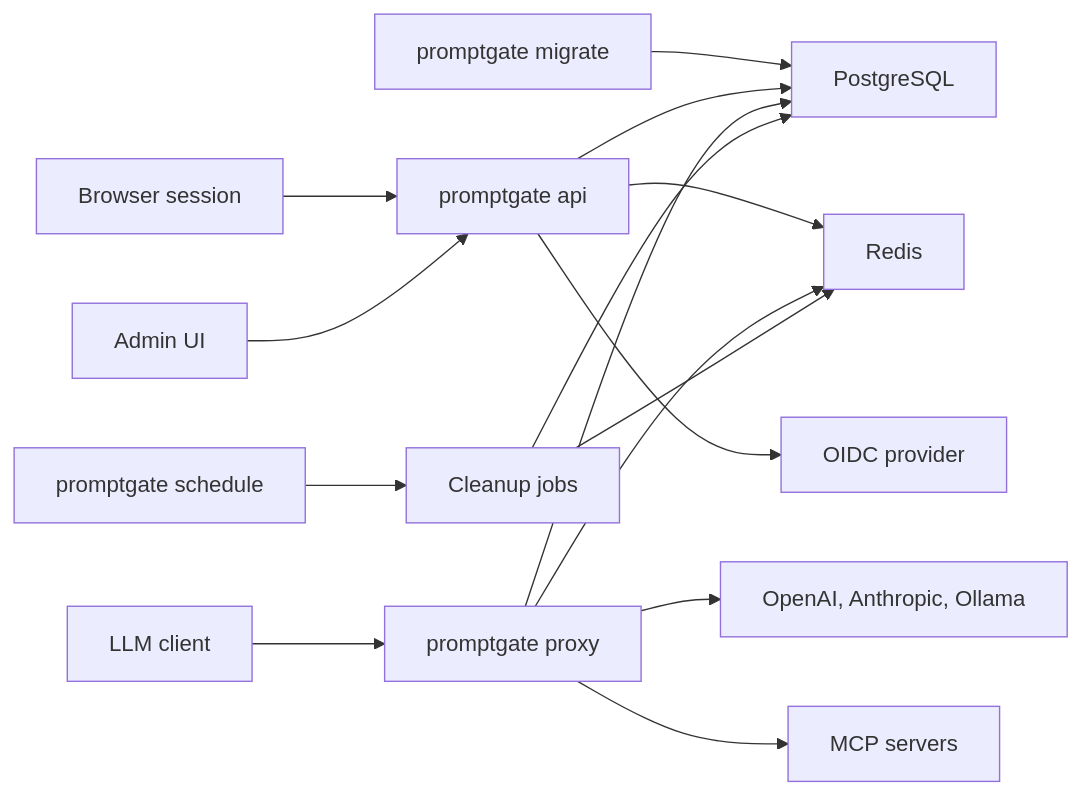
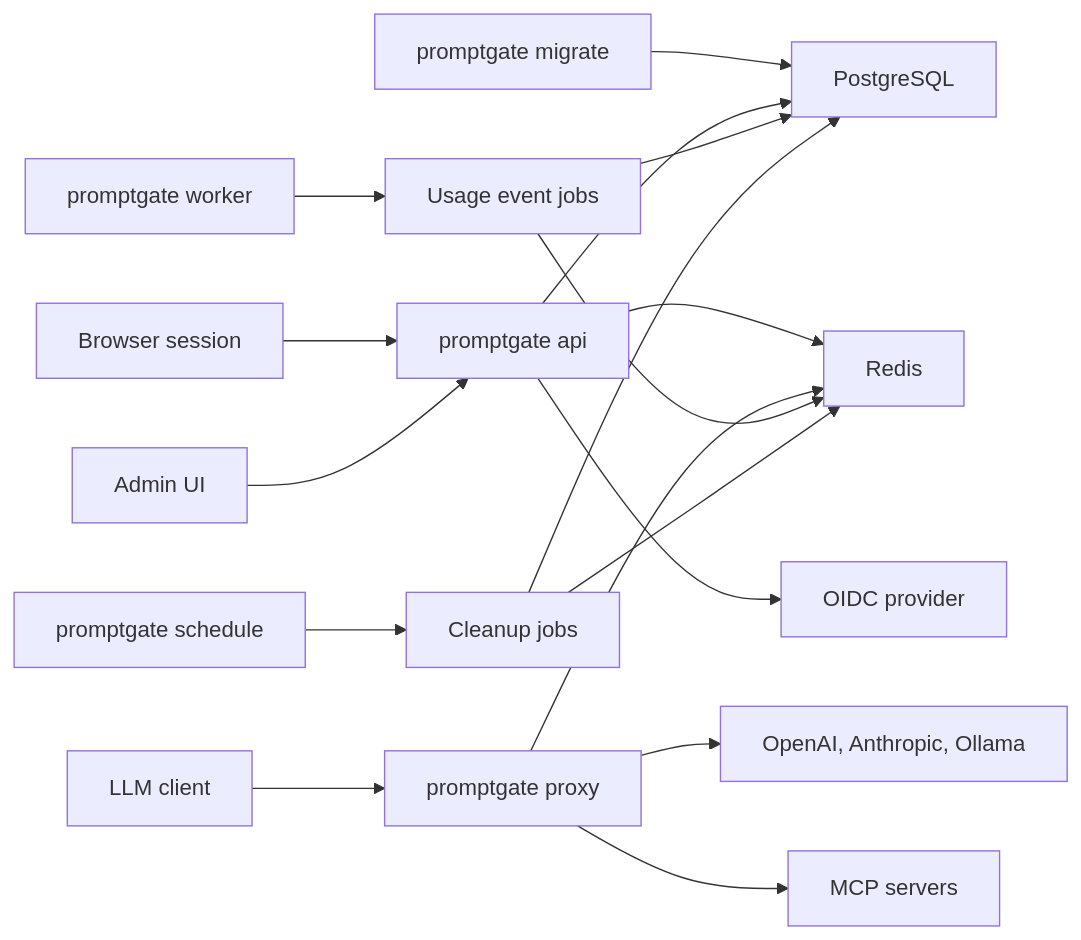
One commit to thomas-illiet/prompt-gate changed the first of 4 diagrams in docs/architecture.md. Above: the diagram before and after it, drawn with Mermaid. The commit also changed other lines of this file and 26 other files, not shown here.

Commit message:
feat: add redis-backed usage worker

````diff
--- a/docs/architecture.md
+++ b/docs/architecture.md
@@ -9,20 +9,22 @@
 ```mermaid
 flowchart LR
     Browser["Browser session"] --> API["promptgate api"]
     Admin["Admin UI"] --> API
     Client["LLM client"] --> Proxy["promptgate proxy"]
+    Worker["promptgate worker"] --> WorkerJobs["Usage event jobs"]
     Schedule["promptgate schedule"] --> Jobs["Cleanup jobs"]
     Migrate["promptgate migrate"] --> DB["PostgreSQL"]
 
     API --> DB
-    Proxy --> DB
+    WorkerJobs --> DB
     Jobs --> DB
 
     API --> Redis["Redis"]
     Proxy --> Redis
+    WorkerJobs --> Redis
     Jobs --> Redis
 
     API --> OIDC["OIDC provider"]
     Proxy --> Providers["OpenAI, Anthropic, Ollama"]
     Proxy --> MCP["MCP servers"]
 ```
````
